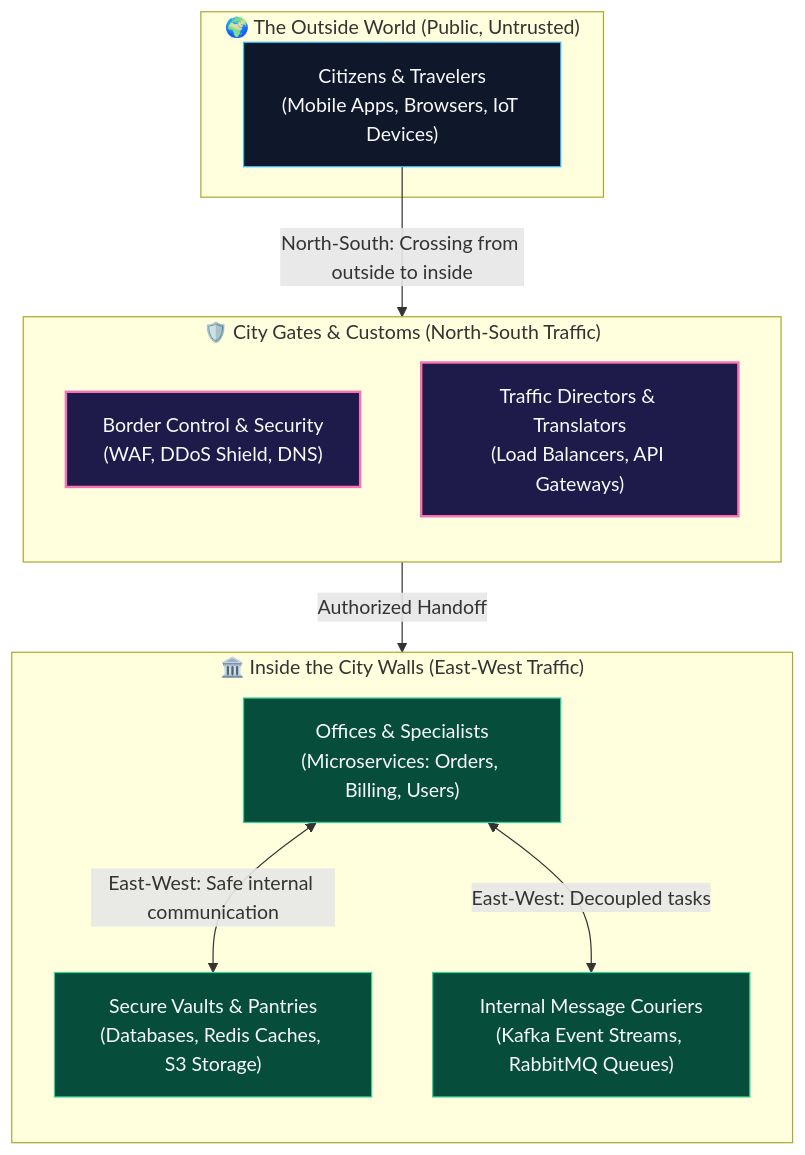
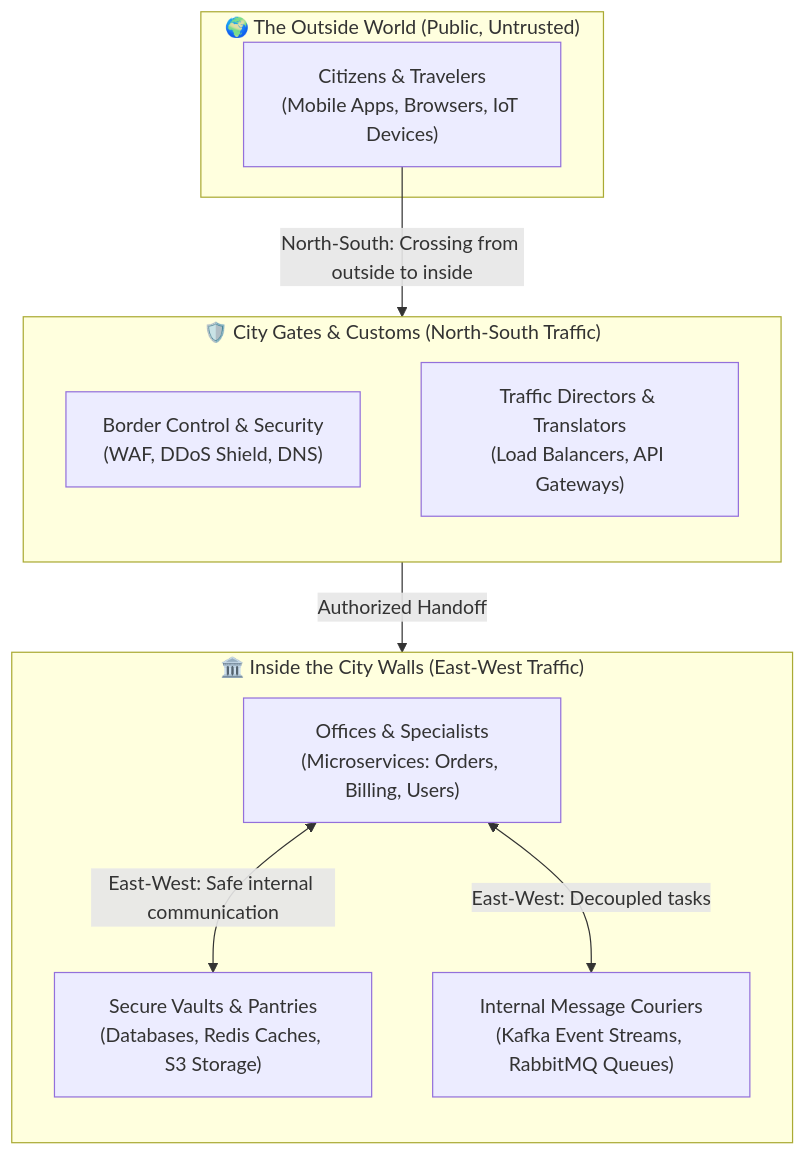
Diagram 12 of 50 in topics/0.FUNDAMENTALS/API Architecture and Design/output/Note_version-1_API_Architecture_and_Design/API_Architecture_and_Design.md (AkmKawser/System-Design), drawn with Mermaid before and after one commit. The commit also changed other lines of this file and 6 other files, not shown here.

Commit message:
fix(diagrams): remove dark fills and rects to ensure full visibility on GitHub light theme

````diff
--- a/topics/0.FUNDAMENTALS/API Architecture and Design/output/Note_version-1_API_Architecture_and_Design/API_Architecture_and_Design.md
+++ b/topics/0.FUNDAMENTALS/API Architecture and Design/output/Note_version-1_API_Architecture_and_Design/API_Architecture_and_Design.md
@@ -563,32 +504,24 @@
 ```mermaid
 flowchart TD
     subgraph OutsideWorld["🌍 The Outside World (Public, Untrusted)"]
         Visitors["Citizens & Travelers\n(Mobile Apps, Browsers, IoT Devices)"]
     end
 
     subgraph CityGates["🛡️ City Gates & Customs (North-South Traffic)"]
         direction TB
         GateGuard["Border Control & Security\n(WAF, DDoS Shield, DNS)"]
         TollBooth["Traffic Directors & Translators\n(Load Balancers, API Gateways)"]
     end
 
     subgraph InsideCity["🏛️ Inside the City Walls (East-West Traffic)"]
         direction TB
         Offices["Offices & Specialists\n(Microservices: Orders, Billing, Users)"]
         Warehouses["Secure Vaults & Pantries\n(Databases, Redis Caches, S3 Storage)"]
         ConveyorBelts["Internal Message Couriers\n(Kafka Event Streams, RabbitMQ Queues)"]
     end
 
     Visitors -->|"North-South: Crossing from outside to inside"| CityGates
     CityGates -->|"Authorized Handoff"| InsideCity
     Offices <-->|"East-West: Safe internal communication"| Warehouses
     Offices <-->|"East-West: Decoupled tasks"| ConveyorBelts
-
-    classDef out fill:#0f172a,stroke:#38bdf8,stroke-width:1px,color:#f8fafc;
-    classDef gate fill:#1e1b4b,stroke:#f472b6,stroke-width:2px,color:#f8fafc;
-    classDef in fill:#064e3b,stroke:#34d399,stroke-width:1px,color:#f8fafc;
-
-    class Visitors out;
-    class GateGuard,TollBooth gate;
-    class Offices,Warehouses,ConveyorBelts in;
 ```
````
